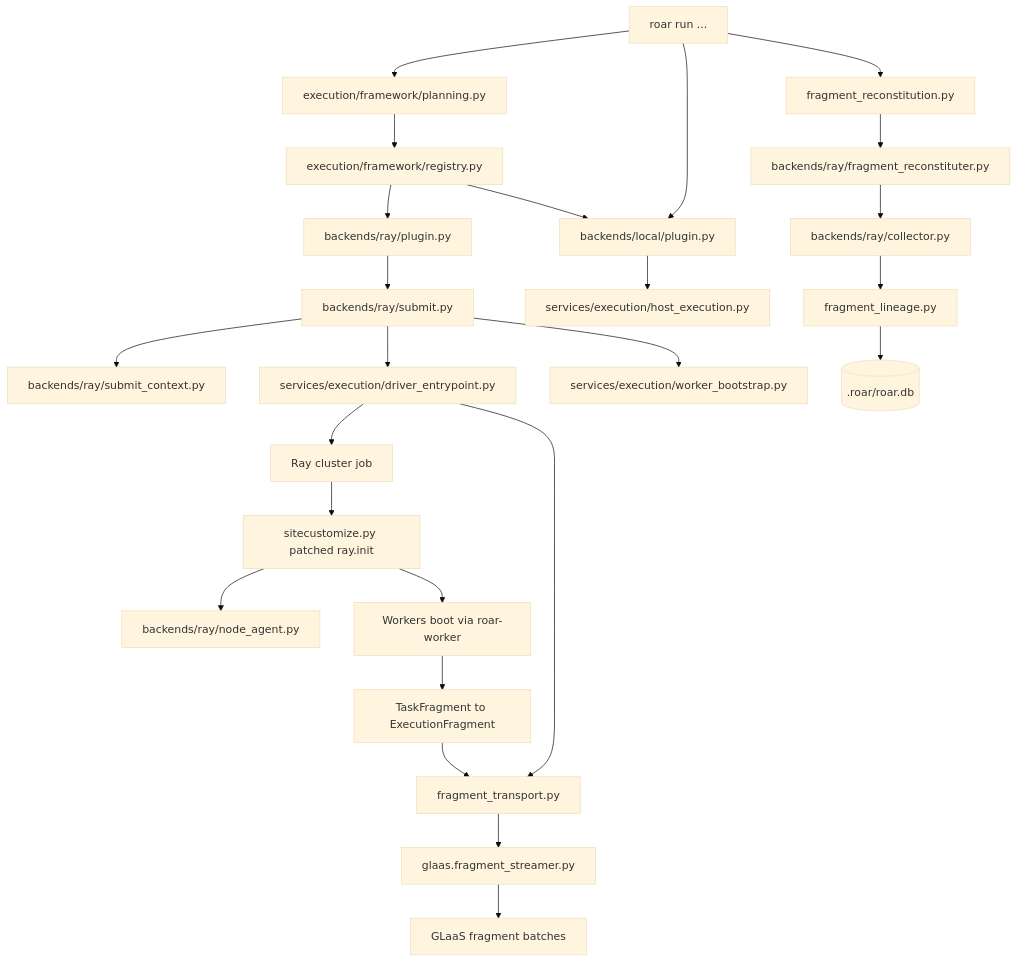
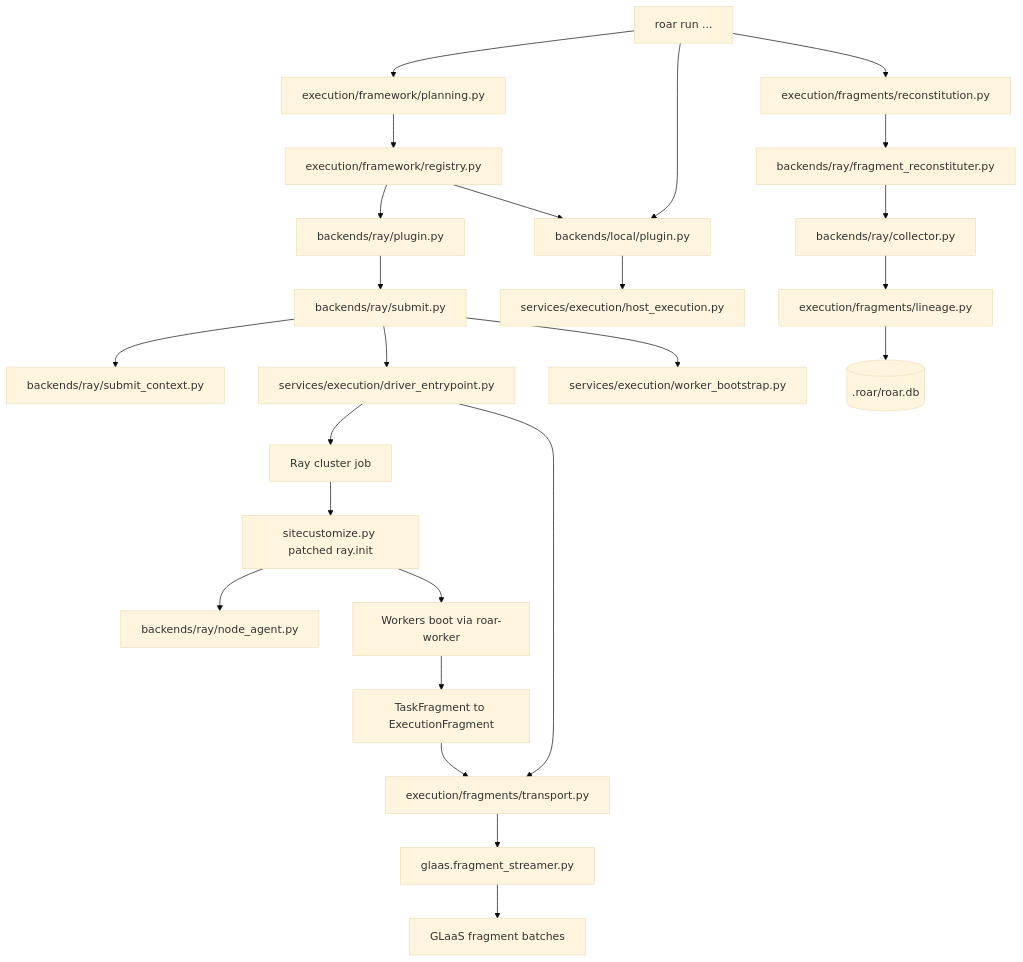
One commit to treqs/roar changed the first of 2 diagrams in docs/developer/ray-integration.md. Above: the diagram before and after it, drawn with Mermaid (base theme). The commit also changed other lines of this file and 17 other files, not shown here.

Commit message:
Move shared fragment stack into execution package

````diff
--- a/docs/developer/ray-integration.md
+++ b/docs/developer/ray-integration.md
@@ -24,27 +24,27 @@
 ```mermaid
 flowchart TD
     A[roar run ...] --> B[execution/framework/planning.py]
     B --> C[execution/framework/registry.py]
     C --> D0[backends/local/plugin.py]
     C --> D[backends/ray/plugin.py]
     D --> E[backends/ray/submit.py]
     E --> F[backends/ray/submit_context.py]
     E --> G[services/execution/driver_entrypoint.py]
     E --> H[services/execution/worker_bootstrap.py]
     A --> D0
     D0 --> H0[services/execution/host_execution.py]
     G --> I[Ray cluster job]
     I --> J[sitecustomize.py patched ray.init]
     J --> K[backends/ray/node_agent.py]
     J --> L[Workers boot via roar-worker]
     L --> M[TaskFragment to ExecutionFragment]
-    M --> N[fragment_transport.py]
+    M --> N[execution/fragments/transport.py]
     N --> O[glaas.fragment_streamer.py]
     O --> P[GLaaS fragment batches]
-    A --> Q[fragment_reconstitution.py]
+    A --> Q[execution/fragments/reconstitution.py]
     Q --> R[backends/ray/fragment_reconstituter.py]
     R --> S[backends/ray/collector.py]
-    S --> T[fragment_lineage.py]
+    S --> T[execution/fragments/lineage.py]
     T --> U[(.roar/roar.db)]
     G --> N
 ```
````
